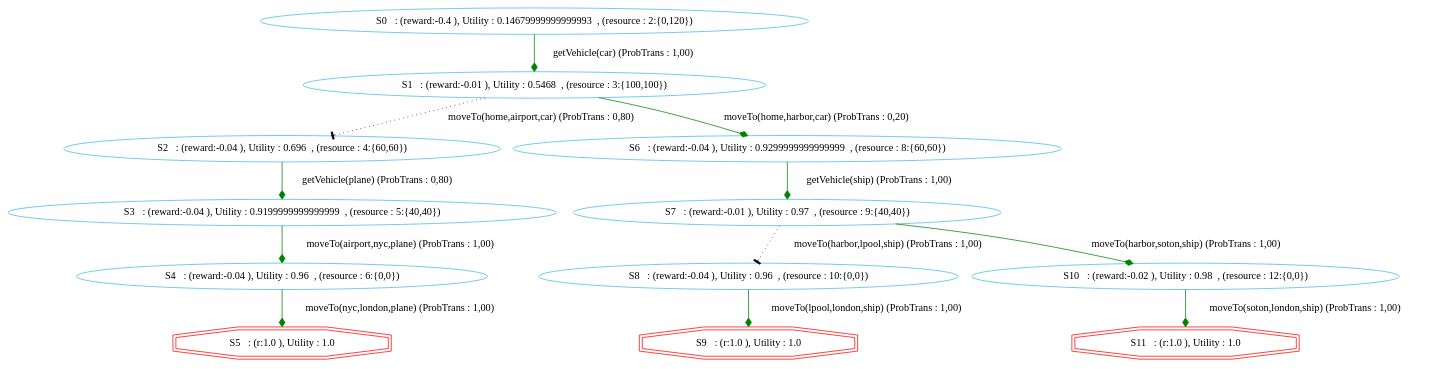
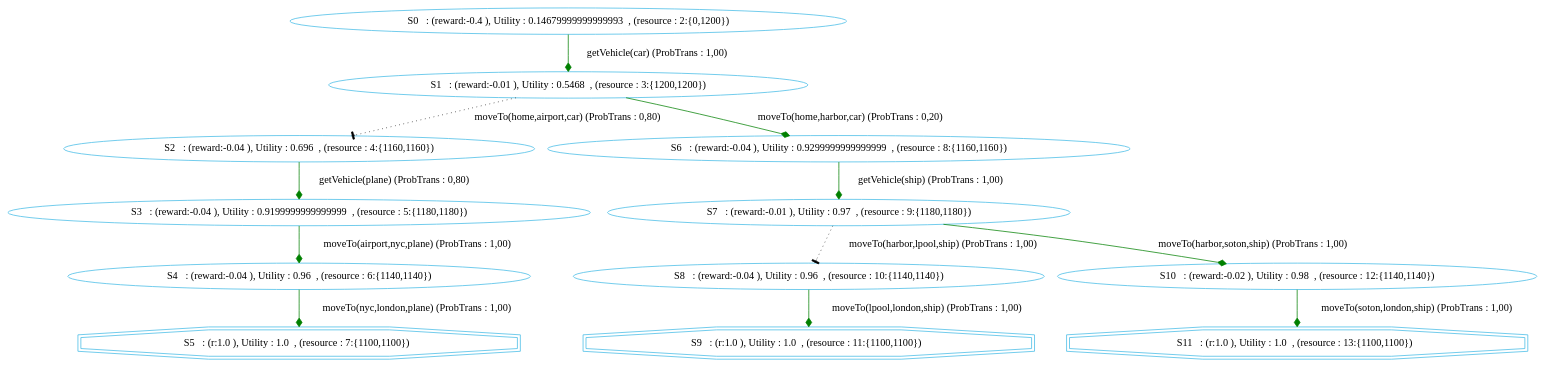
Before and after one commit to htiraHatem/CHIMP_MDP: the diagram in chimp/src/main/java/examples/MDP/gotolondon/gotolondonGraphVICHIMP.dot, drawn with Graphviz. The commit also changed 16 other files, not shown here.

```diff
--- a/chimp/src/main/java/examples/MDP/gotolondon/gotolondonGraphVICHIMP.dot
+++ b/chimp/src/main/java/examples/MDP/gotolondon/gotolondonGraphVICHIMP.dot
@@ -1,18 +1,18 @@
 digraph {
   node [color="#40b9e5" ]
  size="60,17";
-"5" [label=" S5   : (r:1.0 ), Utility : 1.0 " color = red ,  shape=doubleoctagon]
-"9" [label=" S9   : (r:1.0 ), Utility : 1.0 " color = red ,  shape=doubleoctagon]
-"11" [label=" S11   : (r:1.0 ), Utility : 1.0 " color = red ,  shape=doubleoctagon]
-"0" [label=" S0   : (reward:-0.4 ), Utility : 0.14679999999999993  , (resource : 2:{0,120}) "]"1" [label=" S1   : (reward:-0.01 ), Utility : 0.5468  , (resource : 3:{100,100}) "]"2" [label=" S2   : (reward:-0.04 ), Utility : 0.696  , (resource : 4:{60,60}) "]"3" [label=" S3   : (reward:-0.04 ), Utility : 0.9199999999999999  , (resource : 5:{40,40}) "]"4" [label=" S4   : (reward:-0.04 ), Utility : 0.96  , (resource : 6:{0,0}) "]"6" [label=" S6   : (reward:-0.04 ), Utility : 0.9299999999999999  , (resource : 8:{60,60}) "]"7" [label=" S7   : (reward:-0.01 ), Utility : 0.97  , (resource : 9:{40,40}) "]"8" [label=" S8   : (reward:-0.04 ), Utility : 0.96  , (resource : 10:{0,0}) "]"10" [label=" S10   : (reward:-0.02 ), Utility : 0.98  , (resource : 12:{0,0}) "]"0" -> "1" [ label="getVehicle(car) (ProbTrans : 1,00)"
+"5" [label=" S5   : (r:1.0 ), Utility : 1.0  , (resource : 7:{1100,1100})  " shape=doubleoctagon];
+"9" [label=" S9   : (r:1.0 ), Utility : 1.0  , (resource : 11:{1100,1100})  " shape=doubleoctagon];
+"11" [label=" S11   : (r:1.0 ), Utility : 1.0  , (resource : 13:{1100,1100})  " shape=doubleoctagon];
+"0" [label=" S0   : (reward:-0.4 ), Utility : 0.14679999999999993  , (resource : 2:{0,1200}) "]"1" [label=" S1   : (reward:-0.01 ), Utility : 0.5468  , (resource : 3:{1200,1200}) "]"2" [label=" S2   : (reward:-0.04 ), Utility : 0.696  , (resource : 4:{1160,1160}) "]"3" [label=" S3   : (reward:-0.04 ), Utility : 0.9199999999999999  , (resource : 5:{1180,1180}) "]"4" [label=" S4   : (reward:-0.04 ), Utility : 0.96  , (resource : 6:{1140,1140}) "]"6" [label=" S6   : (reward:-0.04 ), Utility : 0.9299999999999999  , (resource : 8:{1160,1160}) "]"7" [label=" S7   : (reward:-0.01 ), Utility : 0.97  , (resource : 9:{1180,1180}) "]"8" [label=" S8   : (reward:-0.04 ), Utility : 0.96  , (resource : 10:{1140,1140}) "]"10" [label=" S10   : (reward:-0.02 ), Utility : 0.98  , (resource : 12:{1140,1140}) "]"0" -> "1" [ label="getVehicle(car) (ProbTrans : 1,00)"
 , arrowhead = diamond , color=green];"1" -> "2" [ label="moveTo(home,airport,car) (ProbTrans : 0,80)"
 ,style=dotted, arrowhead=tee];"1" -> "6" [ label="moveTo(home,harbor,car) (ProbTrans : 0,20)"
 , arrowhead = diamond , color=green];"2" -> "3" [ label="getVehicle(plane) (ProbTrans : 0,80)"
 , arrowhead = diamond , color=green];"3" -> "4" [ label="moveTo(airport,nyc,plane) (ProbTrans : 1,00)"
 , arrowhead = diamond , color=green];"4" -> "5" [ label="moveTo(nyc,london,plane) (ProbTrans : 1,00)"
 , arrowhead = diamond , color=green];"6" -> "7" [ label="getVehicle(ship) (ProbTrans : 1,00)"
 , arrowhead = diamond , color=green];"7" -> "8" [ label="moveTo(harbor,lpool,ship) (ProbTrans : 1,00)"
 ,style=dotted, arrowhead=tee];"7" -> "10" [ label="moveTo(harbor,soton,ship) (ProbTrans : 1,00)"
 , arrowhead = diamond , color=green];"8" -> "9" [ label="moveTo(lpool,london,ship) (ProbTrans : 1,00)"
 , arrowhead = diamond , color=green];"10" -> "11" [ label="moveTo(soton,london,ship) (ProbTrans : 1,00)"
 , arrowhead = diamond , color=green];}
```
